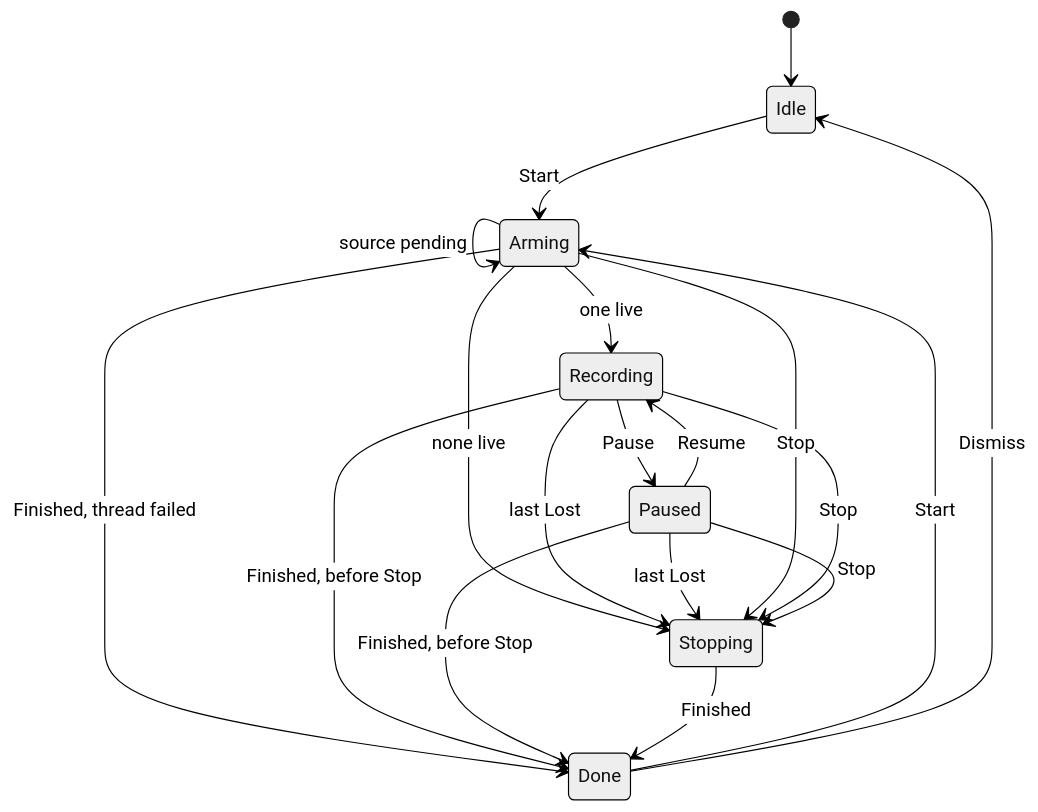
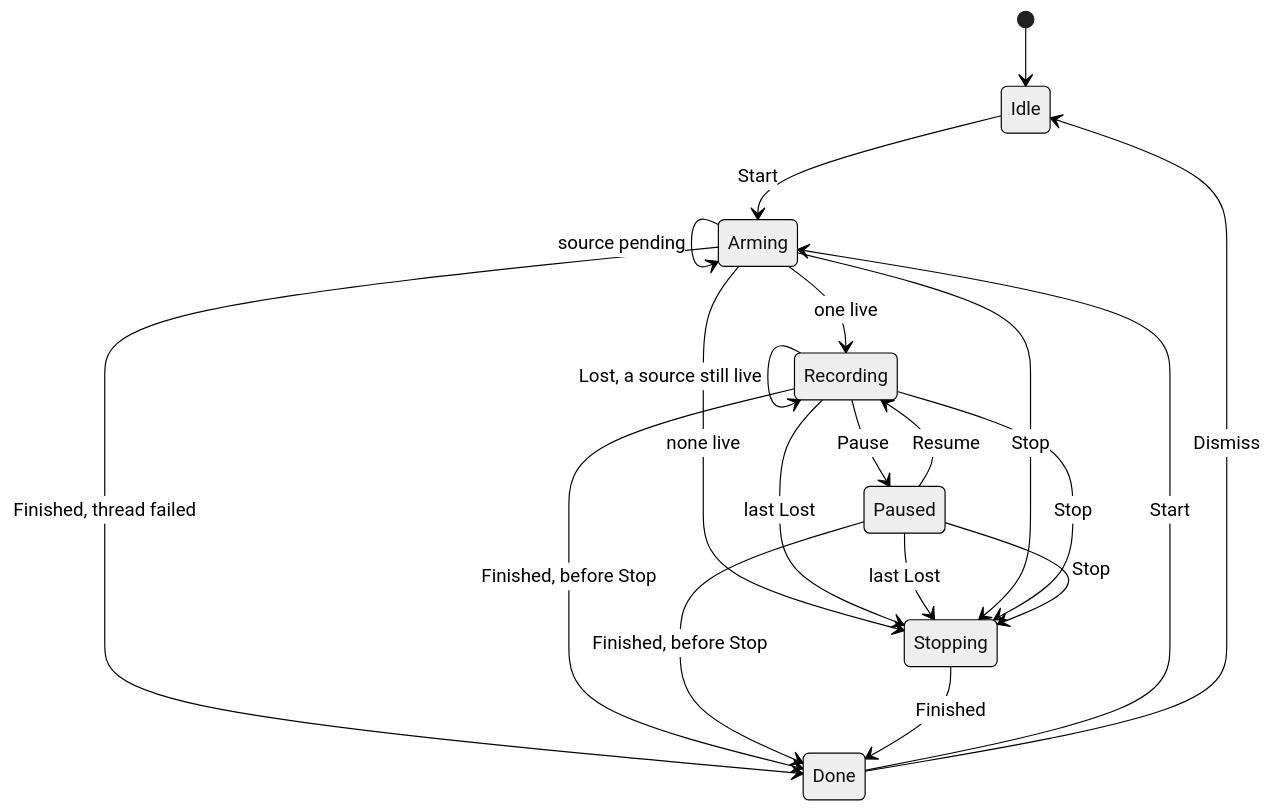
Before and after one commit to mokmok-dev/koe: the fourth of 6 diagrams in ARCHITECTURE.md, drawn with Mermaid (neutral theme). The commit also changed other lines of this file, not shown here.

````diff
--- a/ARCHITECTURE.md
+++ b/ARCHITECTURE.md
@@ -247,21 +245,22 @@
 ```mermaid
 stateDiagram-v2
     [*] --> Idle
     Idle --> Arming: Start
     Done --> Arming: Start
     Arming --> Arming: source pending
     Arming --> Recording: one live
     Arming --> Stopping: none live
+    Recording --> Recording: Lost, a source still live
     Recording --> Stopping: last Lost
     Paused --> Stopping: last Lost
     Recording --> Paused: Pause
     Paused --> Recording: Resume
     Arming --> Stopping: Stop
     Recording --> Stopping: Stop
     Paused --> Stopping: Stop
     Arming --> Done: Finished, thread failed
     Recording --> Done: Finished, before Stop
     Paused --> Done: Finished, before Stop
     Stopping --> Done: Finished
     Done --> Idle: Dismiss
 ```
````
